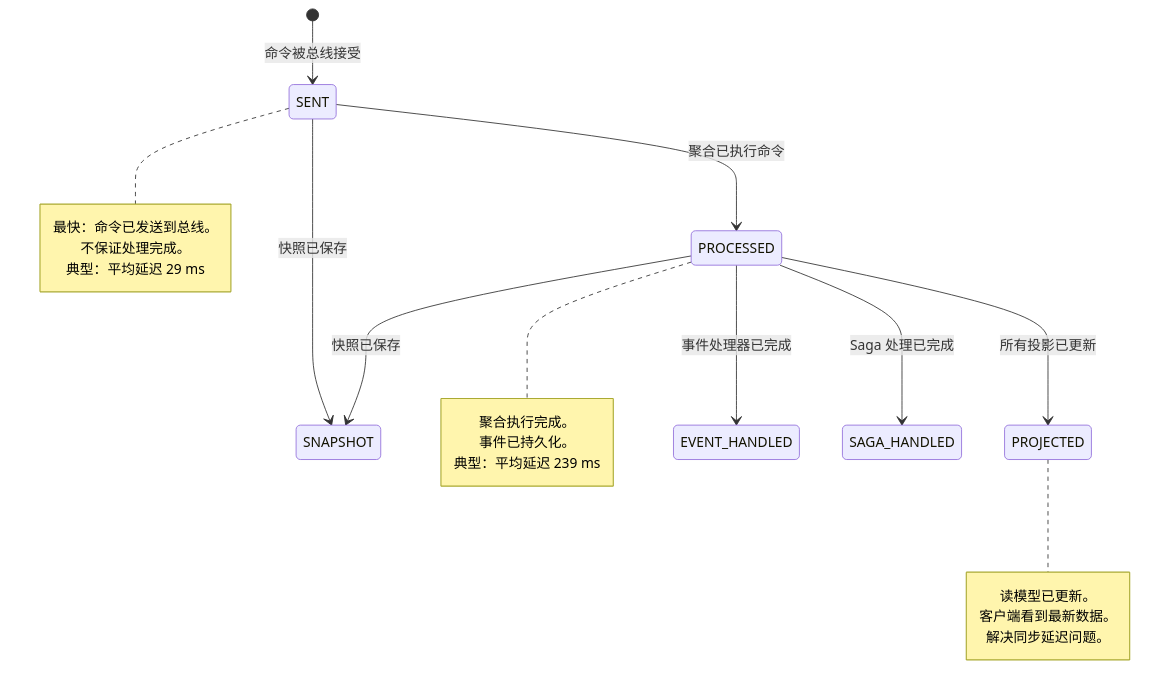
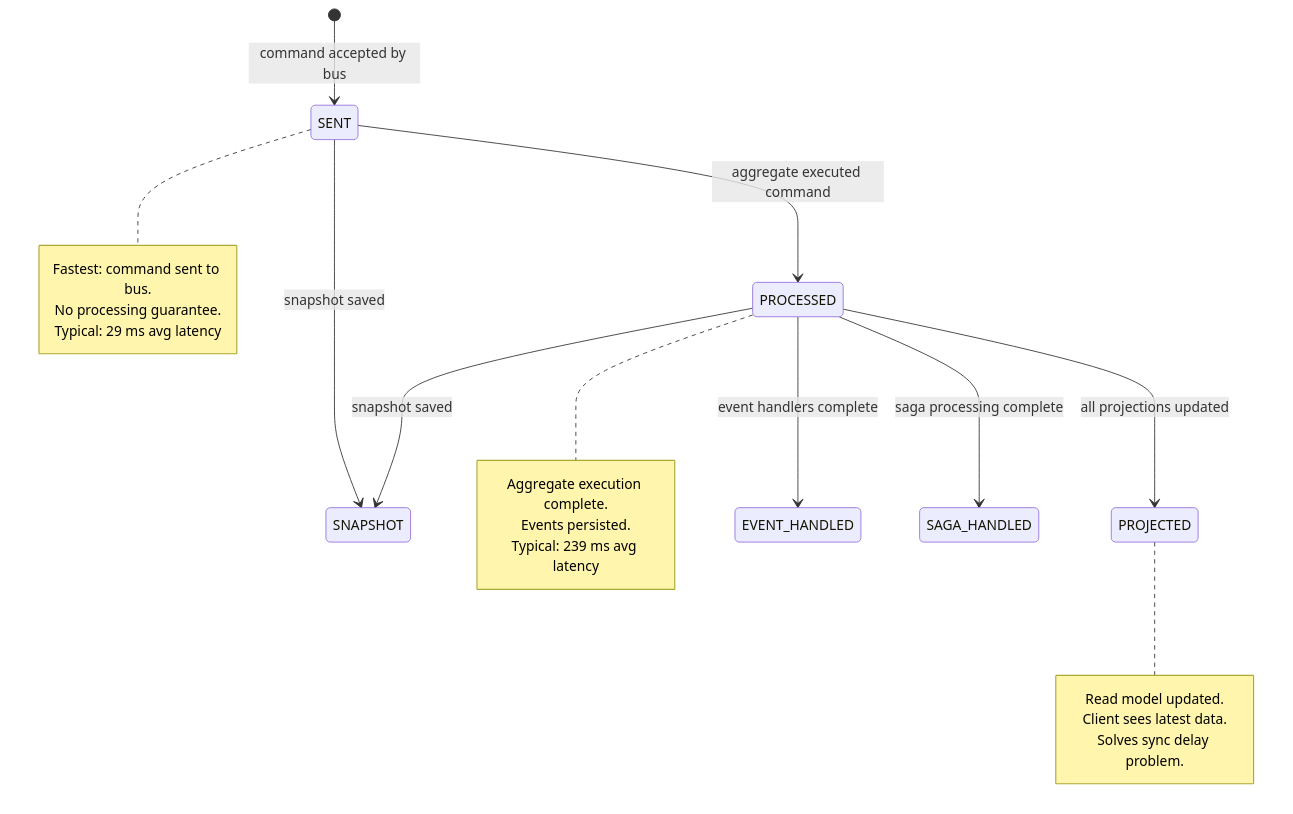
The third of 6 diagrams in documentation/docs/zh/guide/advanced/architecture.md (Ahoo-Wang/Wow), drawn with Mermaid before and after one commit. The commit also changed other lines of this file and 79 other files, not shown here.

First line of the commit message:
docs: restructure documentation into three-layer progressive architecture

````diff
--- a/documentation/docs/zh/guide/advanced/architecture.md
+++ b/documentation/docs/zh/guide/advanced/architecture.md
@@ -188,29 +199,29 @@
 ```mermaid
 stateDiagram-v2
-    [*] --> SENT : 命令被总线接受
-    SENT --> PROCESSED : 聚合已执行命令
-    SENT --> SNAPSHOT : 快照已保存
-    PROCESSED --> SNAPSHOT : 快照已保存
-    PROCESSED --> PROJECTED : 所有投影已更新
-    PROCESSED --> EVENT_HANDLED : 事件处理器已完成
-    PROCESSED --> SAGA_HANDLED : Saga 处理已完成
+    [*] --> SENT : command accepted by bus
+    SENT --> PROCESSED : aggregate executed command
+    SENT --> SNAPSHOT : snapshot saved
+    PROCESSED --> SNAPSHOT : snapshot saved
+    PROCESSED --> PROJECTED : all projections updated
+    PROCESSED --> EVENT_HANDLED : event handlers complete
+    PROCESSED --> SAGA_HANDLED : saga processing complete
 
     note right of SENT
-        最快：命令已发送到总线。
-        不保证处理完成。
-        典型：平均延迟 29 ms
+        Fastest: command sent to bus.
+        No processing guarantee.
+        Typical: 29 ms avg latency
     end note
 
     note right of PROCESSED
-        聚合执行完成。
-        事件已持久化。
-        典型：平均延迟 239 ms
+        Aggregate execution complete.
+        Events persisted.
+        Typical: 239 ms avg latency
     end note
 
     note right of PROJECTED
-        读模型已更新。
-        客户端看到最新数据。
-        解决同步延迟问题。
+        Read model updated.
+        Client sees latest data.
+        Solves sync delay problem.
     end note
 
 ```
````
